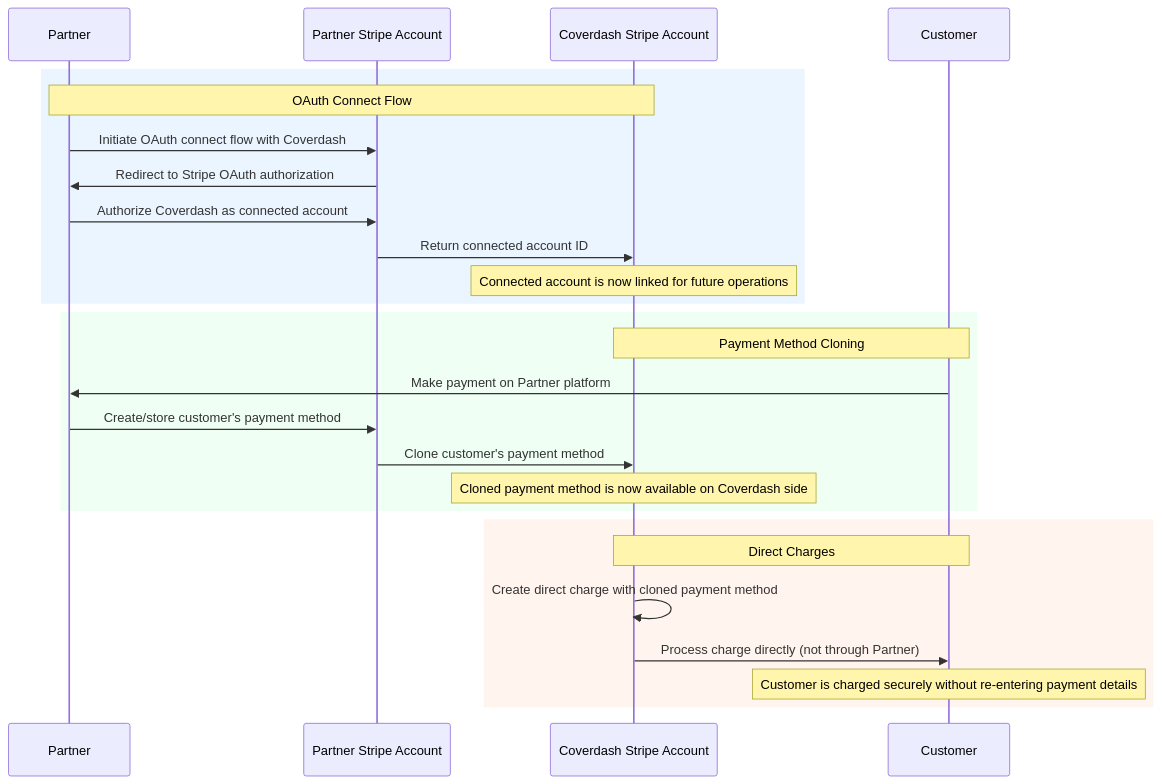
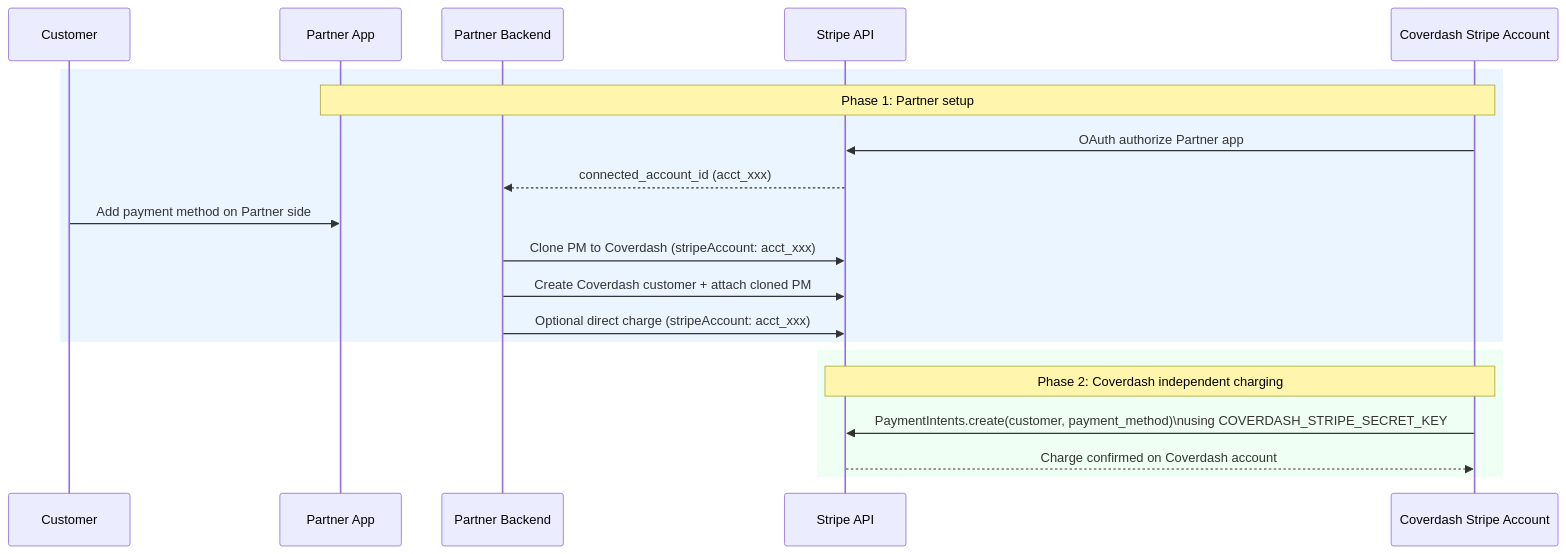
One commit to coverdash/stripe-connect-nextjs-example changed the diagram in README.md. Above: the diagram before and after it, drawn with Mermaid. The commit also changed other lines of this file and 9 other files, not shown here.

Commit message:
Rename Partner/Coverdash env vars and add independent charge flow

````diff
--- a/README.md
+++ b/README.md
@@ -9,31 +17,24 @@
 ```mermaid
 sequenceDiagram
-    participant Partner
-    participant PartnerStripe as Partner Stripe Account
-    participant CoverdashStripe as Coverdash Stripe Account
     participant Customer
+    participant PartnerApp as Partner App
+    participant PartnerAPI as Partner Backend
+    participant Stripe as Stripe API
+    participant Coverdash as Coverdash Stripe Account
 
-    rect rgb(235, 245, 255)
-        Note over Partner, CoverdashStripe: OAuth Connect Flow
-        Partner->>PartnerStripe: Initiate OAuth connect flow with Coverdash
-        PartnerStripe->>Partner: Redirect to Stripe OAuth authorization
-        Partner->>PartnerStripe: Authorize Coverdash as connected account
-        PartnerStripe->>CoverdashStripe: Return connected account ID
-        Note over CoverdashStripe: Connected account is now linked for future operations
+    rect rgb(235,245,255)
+        Note over PartnerApp,Coverdash: Phase 1: Partner setup
+        Coverdash->>Stripe: OAuth authorize Partner app
+        Stripe-->>PartnerAPI: connected_account_id (acct_xxx)
+        Customer->>PartnerApp: Add payment method on Partner side
+        PartnerAPI->>Stripe: Clone PM to Coverdash (stripeAccount: acct_xxx)
+        PartnerAPI->>Stripe: Create Coverdash customer + attach cloned PM
+        PartnerAPI->>Stripe: Optional direct charge (stripeAccount: acct_xxx)
     end
 
-    rect rgb(240, 255, 244)
-        Note over Customer, CoverdashStripe: Payment Method Cloning
-        Customer->>Partner: Make payment on Partner platform
-        Partner->>PartnerStripe: Create/store customer's payment method
-        PartnerStripe->>CoverdashStripe: Clone customer's payment method
-        Note over CoverdashStripe: Cloned payment method is now available on Coverdash side
-    end
-
-    rect rgb(255, 245, 238)
-        Note over CoverdashStripe, Customer: Direct Charges
-        CoverdashStripe->>CoverdashStripe: Create direct charge with cloned payment method
-        CoverdashStripe->>Customer: Process charge directly (not through Partner)
-        Note over Customer: Customer is charged securely without re-entering payment details
+    rect rgb(240,255,244)
+        Note over Coverdash,Stripe: Phase 2: Coverdash independent charging
+        Coverdash->>Stripe: PaymentIntents.create(customer, payment_method)\nusing COVERDASH_STRIPE_SECRET_KEY
+        Stripe-->>Coverdash: Charge confirmed on Coverdash account
     end
 ```
````
